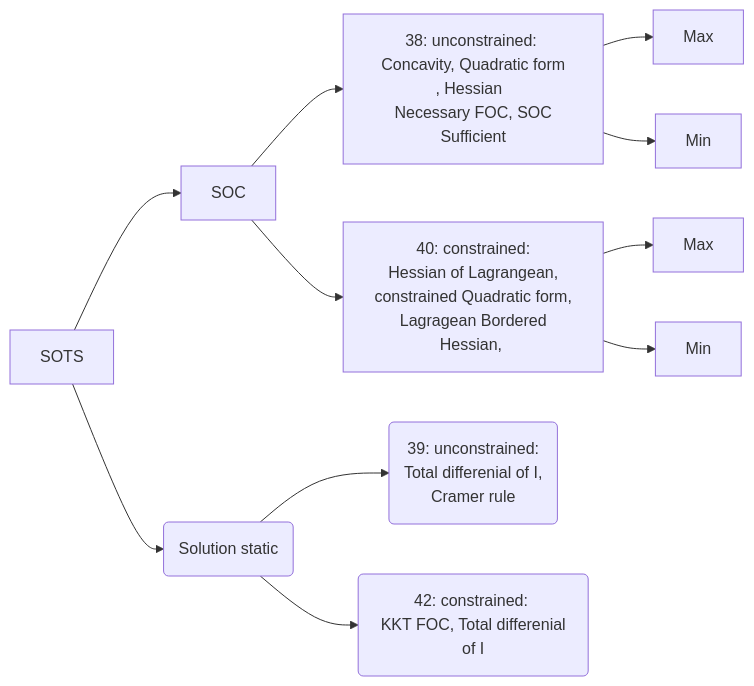
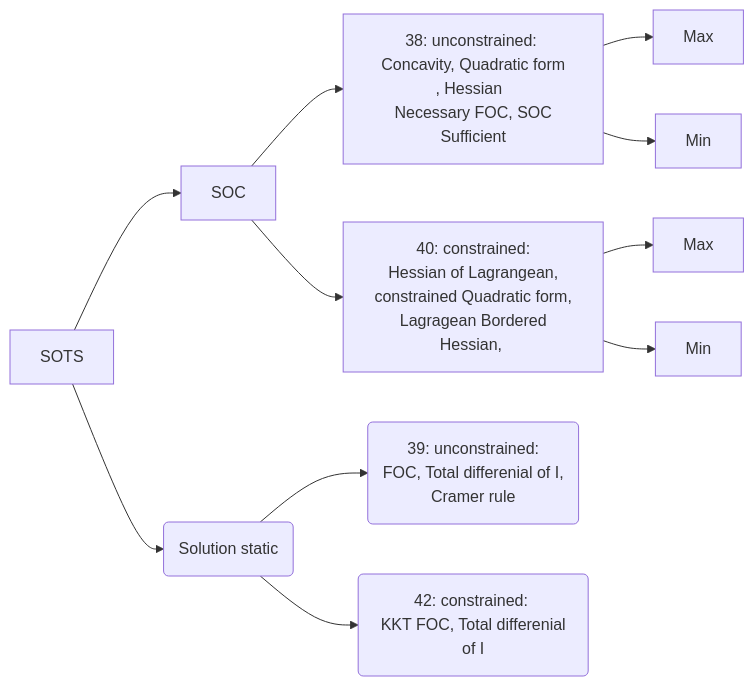
One commit to snowdj/great-waterfall changed the first of 2 diagrams in _posts/2016-11-16-econ350-test8.md. Above: the diagram before and after it, drawn with Mermaid.

```diff
--- a/_posts/2016-11-16-econ350-test8.md
+++ b/_posts/2016-11-16-econ350-test8.md
@@ -15,13 +15,13 @@
 <div class="mermaid">
  graph LR
      SOTS-->SOC
      SOTS-->id1(Solution static)
      SOC-->id3[38: unconstrained: <br> Concavity, Quadratic form , Hessian  <br> Necessary FOC, SOC Sufficient]
      SOC-->id4[40: constrained:<br> Hessian of Lagrangean, <br>constrained Quadratic form,<br> Lagragean Bordered Hessian, <br>    ]
      id3-->id5[Max]
      id3-->id6[Min]
      id4-->Max
      id4-->Min
-     id1-->id7(39: unconstrained:<br> Total differenial of I,<br> Cramer rule  )
+     id1-->id7(39: unconstrained:<br> FOC, Total differenial of I,<br> Cramer rule  )
      id1-->id8(42: constrained: <br> KKT FOC, Total differenial of I  )
  </div>
```
